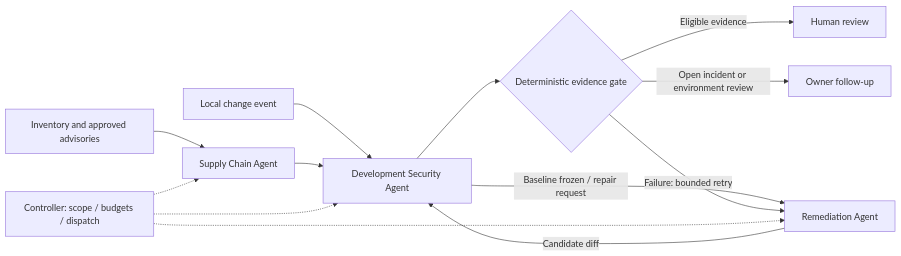
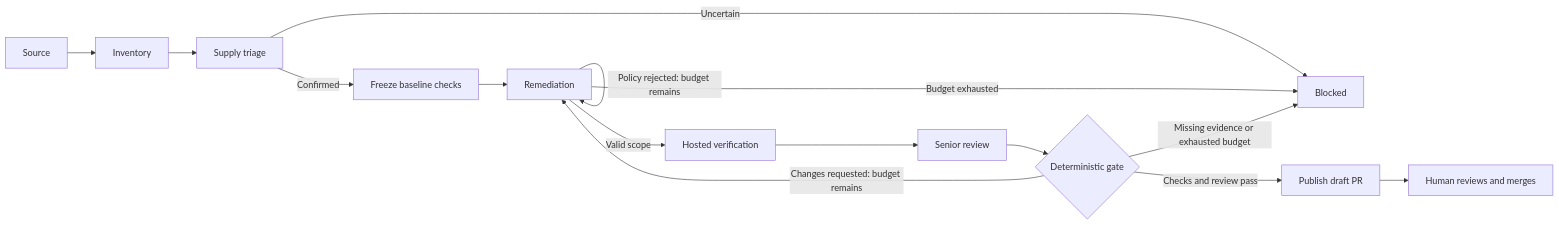
The diagram in docs/THREE-AGENT-ARCHITECTURE.md (Harsh5840/arigato-hack), drawn with Mermaid before and after one commit. The commit also changed other lines of this file and 81 other files, not shown here.

````diff
--- a/docs/THREE-AGENT-ARCHITECTURE.md
+++ b/docs/THREE-AGENT-ARCHITECTURE.md
@@ -21,15 +25,17 @@
 ```mermaid
 flowchart LR
-  I[Inventory and approved advisories] --> S[Supply Chain Agent]
-  L[Local change event] --> D[Development Security Agent]
-  S --> D
-  D -->|Baseline frozen / repair request| R[Remediation Agent]
-  R -->|Candidate diff| D
-  D --> G{Deterministic evidence gate}
-  G -->|Failure: bounded retry| R
-  G -->|Open incident or environment review| O[Owner follow-up]
-  G -->|Eligible evidence| H[Human review]
-  C[Controller: scope / budgets / dispatch] -.-> S
-  C -.-> R
-  C -.-> D
+  S[Source] --> I[Inventory]
+  I --> T[Supply triage]
+  T -->|Confirmed| B[Freeze baseline checks]
+  T -->|Uncertain| X[Blocked]
+  B --> R[Remediation]
+  R -->|Valid scope| V[Hosted verification]
+  R -->|Policy rejected: budget remains| R
+  R -->|Budget exhausted| X
+  V --> W[Senior review]
+  W --> G{Deterministic gate}
+  G -->|Changes requested: budget remains| R
+  G -->|Checks and review pass| P[Publish draft PR]
+  G -->|Missing evidence or exhausted budget| X
+  P --> H[Human reviews and merges]
 ```
````
